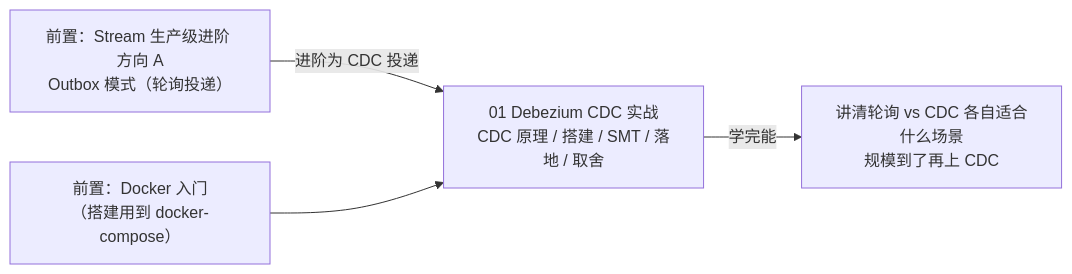
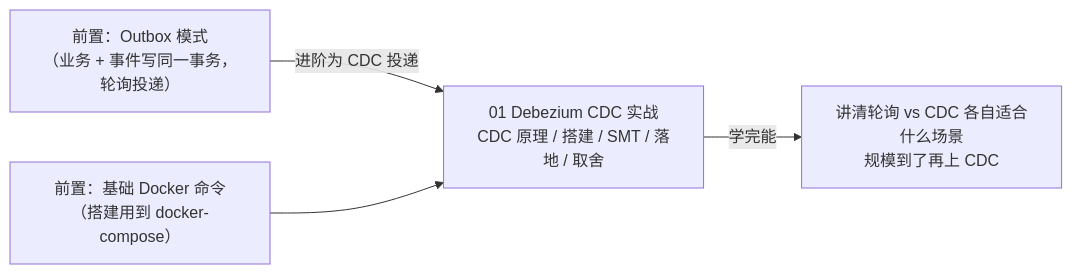
Before and after one commit to UranusGit/java-agent-learn: the diagram in docs/附录/Debezium-CDC实战/README.md, drawn with Mermaid. The commit also changed other lines of this file and 184 other files, not shown here.

````diff
--- a/docs/附录/Debezium-CDC实战/README.md
+++ b/docs/附录/Debezium-CDC实战/README.md
@@ -11,6 +11,6 @@
 ```mermaid
 flowchart LR
-    Pre["前置：Stream 生产级进阶 方向 A<br/>Outbox 模式（轮询投递）"] -->|"进阶为 CDC 投递"| Doc["01 Debezium CDC 实战<br/>CDC 原理 / 搭建 / SMT / 落地 / 取舍"]
-    Docker["前置：Docker 入门<br/>（搭建用到 docker-compose）"] --> Doc
+    Pre["前置：Outbox 模式<br/>（业务 + 事件写同一事务，轮询投递）"] -->|"进阶为 CDC 投递"| Doc["01 Debezium CDC 实战<br/>CDC 原理 / 搭建 / SMT / 落地 / 取舍"]
+    Docker["前置：基础 Docker 命令<br/>（搭建用到 docker-compose）"] --> Doc
     Doc -->|"学完能"| Goal["讲清轮询 vs CDC 各自适合什么场景<br/>规模到了再上 CDC"]
 ```
````
